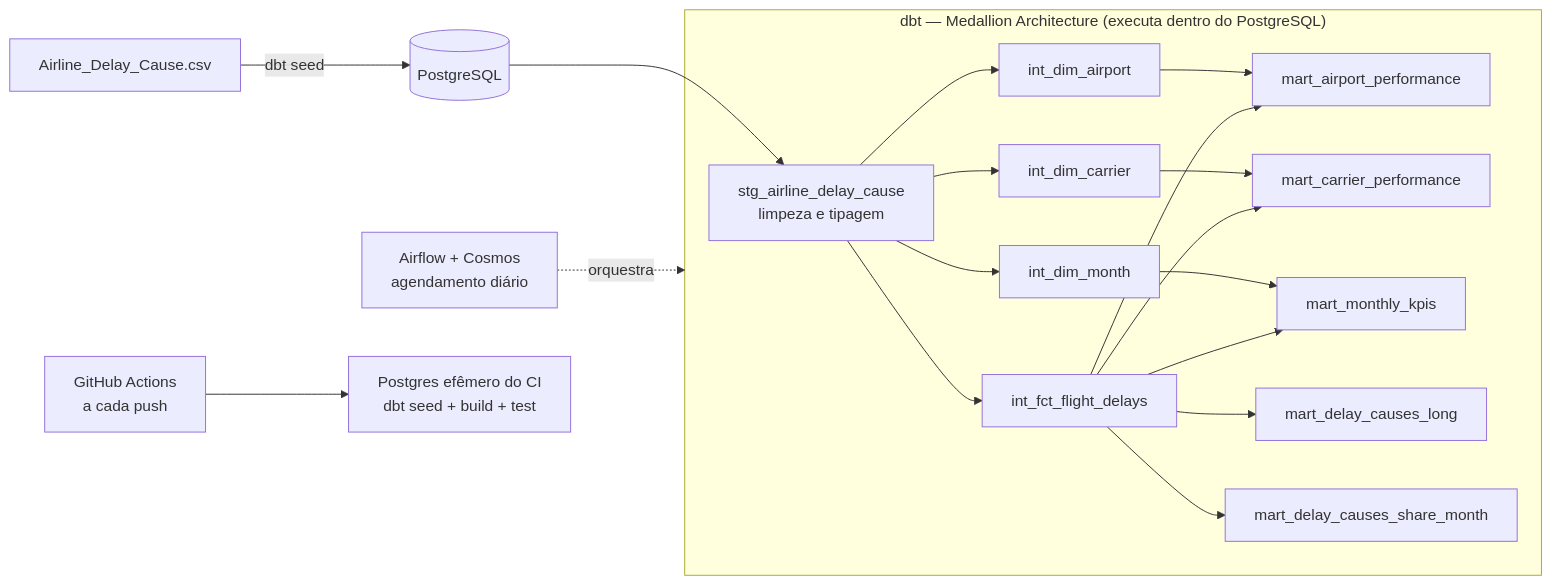
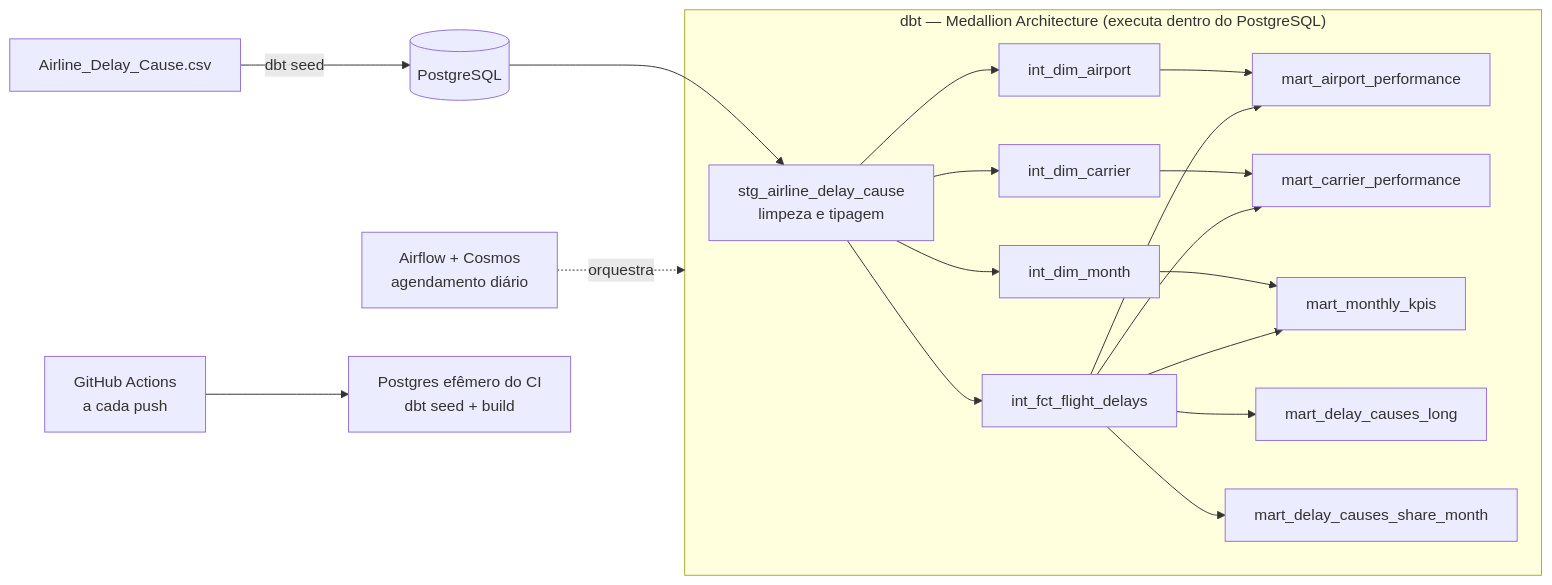
Before and after one commit to iannfava/data-warehouse-airflow-dbt: the diagram in README.md, drawn with Mermaid. The commit also changed other lines of this file, not shown here.

````diff
--- a/README.md
+++ b/README.md
@@ -15,24 +15,24 @@
 ```mermaid
 flowchart LR
     A[Airline_Delay_Cause.csv] -->|dbt seed| B[(PostgreSQL)]
 
     subgraph DBT["dbt — Medallion Architecture (executa dentro do PostgreSQL)"]
         C[stg_airline_delay_cause\nlimpeza e tipagem]
         C --> D1[int_dim_airport]
         C --> D2[int_dim_carrier]
         C --> D3[int_dim_month]
         C --> E[int_fct_flight_delays]
         D1 --> F1[mart_airport_performance]
         D2 --> F2[mart_carrier_performance]
         D3 --> F3[mart_monthly_kpis]
         E --> F1
         E --> F2
         E --> F3
         E --> F4[mart_delay_causes_long]
         E --> F5[mart_delay_causes_share_month]
     end
 
     B --> C
     G[Airflow + Cosmos\nagendamento diário] -.->|orquestra| DBT
-    H[GitHub Actions\na cada push] --> I[Postgres efêmero do CI\ndbt seed + build + test]
+    H[GitHub Actions\na cada push] --> I[Postgres efêmero do CI\ndbt seed + build]
 ```
````
